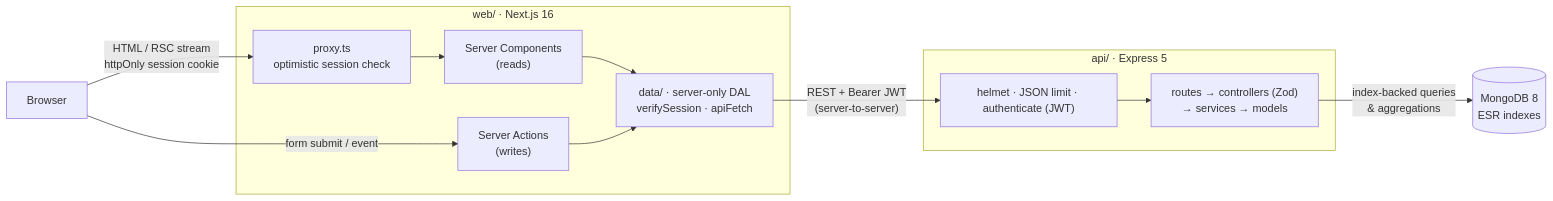
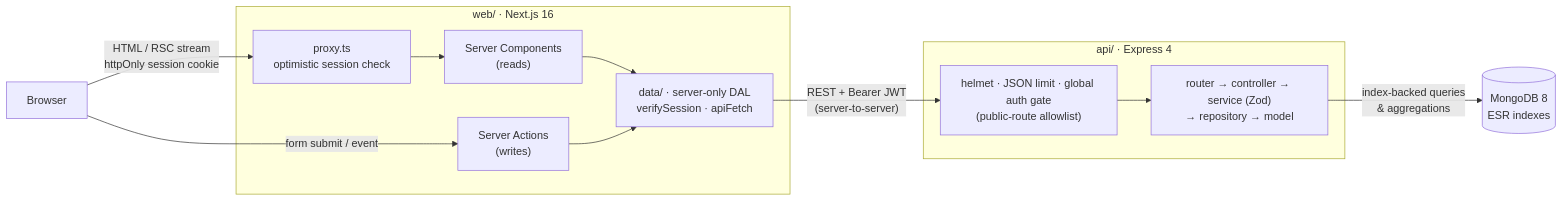
The first of 2 diagrams in README.md (Faysalstat/docTracker), drawn with Mermaid before and after one commit. The commit also changed other lines of this file and 117 other files, not shown here.

````diff
--- a/README.md
+++ b/README.md
@@ -145,24 +148,24 @@
 ```mermaid
 flowchart LR
     B["Browser"]
     subgraph WEB["web/ · Next.js 16"]
         P["proxy.ts<br/>optimistic session check"]
         RSC["Server Components<br/>(reads)"]
         SA["Server Actions<br/>(writes)"]
         DAL["data/ · server-only DAL<br/>verifySession · apiFetch"]
     end
-    subgraph API["api/ · Express 5"]
-        MW["helmet · JSON limit · authenticate (JWT)"]
-        MOD["routes → controllers (Zod)<br/>→ services → models"]
+    subgraph API["api/ · Express 4"]
+        MW["helmet · JSON limit · global auth gate<br/>(public-route allowlist)"]
+        MOD["router → controller → service (Zod)<br/>→ repository → model"]
     end
     DB[("MongoDB 8<br/>ESR indexes")]
 
     B -- "HTML / RSC stream<br/>httpOnly session cookie" --> P
     P --> RSC
     B -- "form submit / event" --> SA
     RSC --> DAL
     SA --> DAL
     DAL -- "REST + Bearer JWT<br/>(server-to-server)" --> MW
     MW --> MOD
     MOD -- "index-backed queries<br/>& aggregations" --> DB
 ```
````
